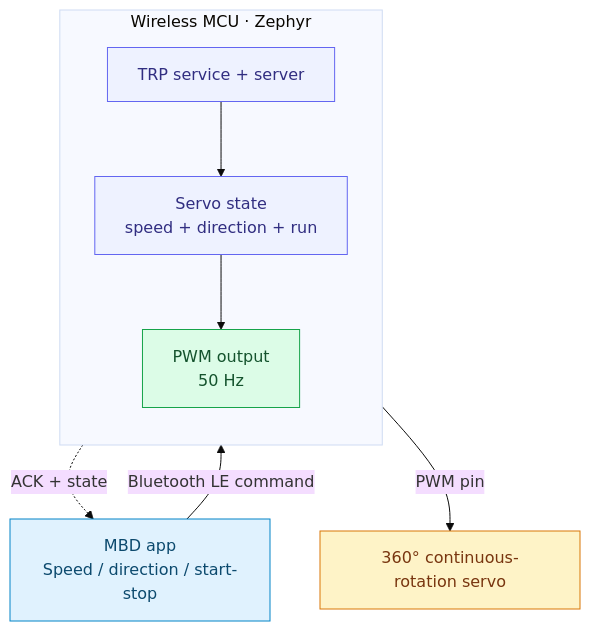
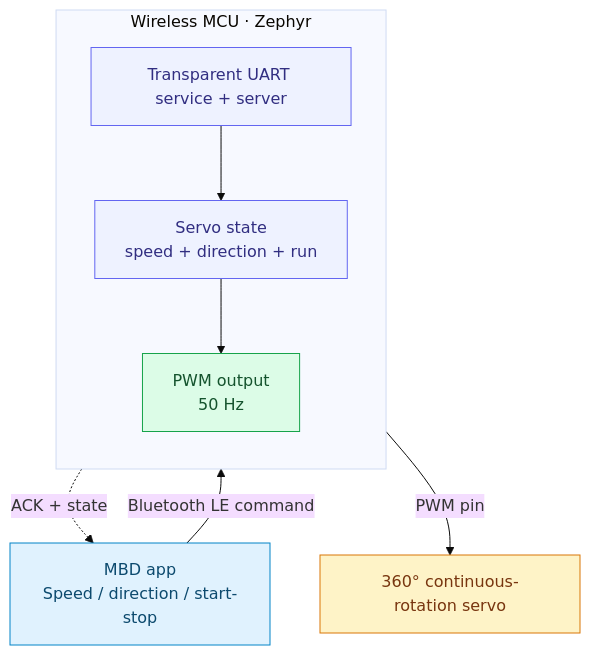
Before and after one commit to MicrochipTech/Bluetooth_LE_360_Servo_Motor_Control: the second of 4 diagrams in README.md, drawn with Mermaid (base theme). The commit also changed other lines of this file, not shown here.

Commit message:
Use Transparent UART terminology in docs

````diff
--- a/README.md
+++ b/README.md
@@ -292,17 +287,17 @@
 ```mermaid
 flowchart TB
     A["MBD app<br/>Speed / direction / start-stop"]
     subgraph BOARD["Wireless MCU · Zephyr"]
         direction TB
-        B["TRP service + server"] --> C["Servo state<br/>speed + direction + run"]
+        B["Transparent UART service + server"] --> C["Servo state<br/>speed + direction + run"]
         C --> D["PWM output<br/>50 Hz"]
     end
     A -->|"Bluetooth LE command"| B
     C -.->|"ACK + state"| A
     D -->|"PWM pin"| E["360° continuous-rotation servo"]
     style A fill:#e0f2fe,stroke:#0284c7,color:#0c4a6e
     style B fill:#eef2ff,stroke:#6366f1,color:#312e81
     style C fill:#eef2ff,stroke:#6366f1,color:#312e81
     style D fill:#dcfce7,stroke:#16a34a,color:#14532d
     style E fill:#fef3c7,stroke:#d97706,color:#78350f
 ```
````
